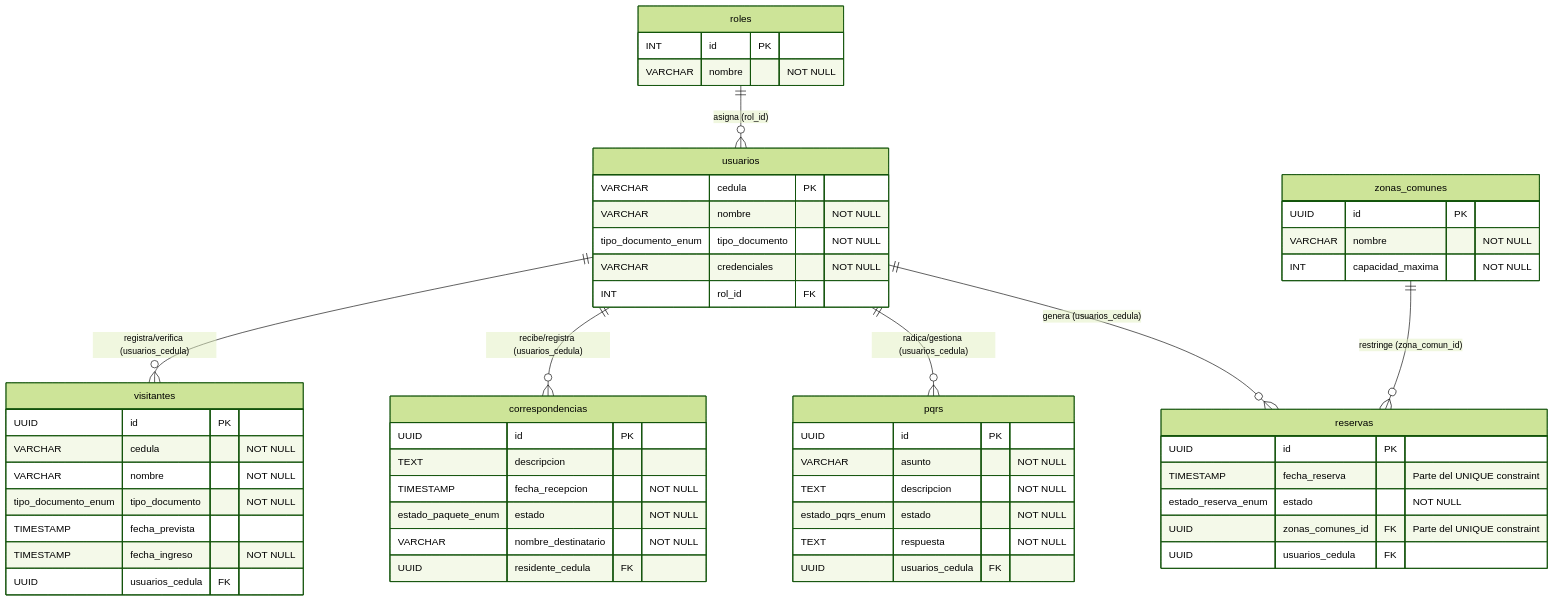
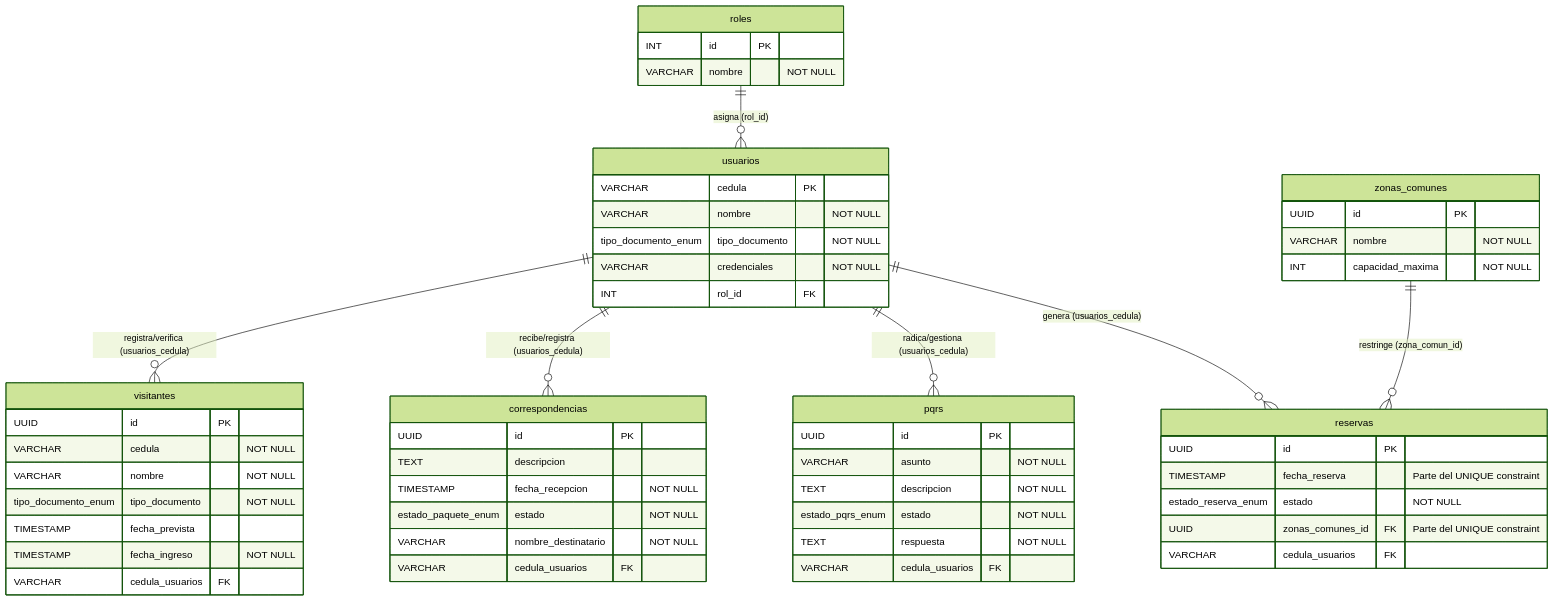
One commit to lcardona3815-ship-it/houstingcontrol-software changed the diagram in docs/models/modelo-DB.md. Above: the diagram before and after it, drawn with Mermaid (forest theme).

````diff
--- a/docs/models/modelo-DB.md
+++ b/docs/models/modelo-DB.md
@@ -1,66 +1,66 @@
 ```mermaid
 erDiagram
     %% Relaciones (Llaves Foráneas)
     roles ||--o{ usuarios : "asigna (rol_id)"
     usuarios ||--o{ visitantes : "registra/verifica (usuarios_cedula)"
     usuarios ||--o{ correspondencias : "recibe/registra (usuarios_cedula)"
     usuarios ||--o{ pqrs : "radica/gestiona (usuarios_cedula)"
     usuarios ||--o{ reservas : "genera (usuarios_cedula)"
     zonas_comunes ||--o{ reservas : "restringe (zona_comun_id)"
 
     %% Tablas y columnas
     roles {
         INT id PK
         VARCHAR nombre "NOT NULL"
     }
 
     usuarios {
         VARCHAR cedula PK
         VARCHAR nombre "NOT NULL"
         tipo_documento_enum tipo_documento "NOT NULL"
         VARCHAR credenciales "NOT NULL"
         INT rol_id FK
     }
 
     zonas_comunes {
         UUID id PK
         VARCHAR nombre "NOT NULL"
         INT capacidad_maxima "NOT NULL"
     }
 
     visitantes {
         UUID id PK
         VARCHAR cedula "NOT NULL"
         VARCHAR nombre "NOT NULL"
         tipo_documento_enum tipo_documento "NOT NULL"
         TIMESTAMP fecha_prevista 
         TIMESTAMP fecha_ingreso "NOT NULL"
-        UUID usuarios_cedula FK
+        VARCHAR cedula_usuarios FK
     }
 
     correspondencias {
         UUID id PK
         TEXT descripcion
         TIMESTAMP fecha_recepcion "NOT NULL"
         estado_paquete_enum estado "NOT NULL"
         VARCHAR nombre_destinatario "NOT NULL"
-        UUID residente_cedula FK
+        VARCHAR cedula_usuarios FK
     }
 
     pqrs {
         UUID id PK
         VARCHAR asunto "NOT NULL"
         TEXT descripcion "NOT NULL"
         estado_pqrs_enum estado "NOT NULL"
         TEXT respuesta "NOT NULL"
-        UUID usuarios_cedula FK
+        VARCHAR cedula_usuarios FK
     }
 
     reservas {
         UUID id PK
         TIMESTAMP fecha_reserva "Parte del UNIQUE constraint"
         estado_reserva_enum estado "NOT NULL"
         UUID zonas_comunes_id FK "Parte del UNIQUE constraint"
-        UUID usuarios_cedula FK
+        VARCHAR cedula_usuarios FK
     }
 ```
````
